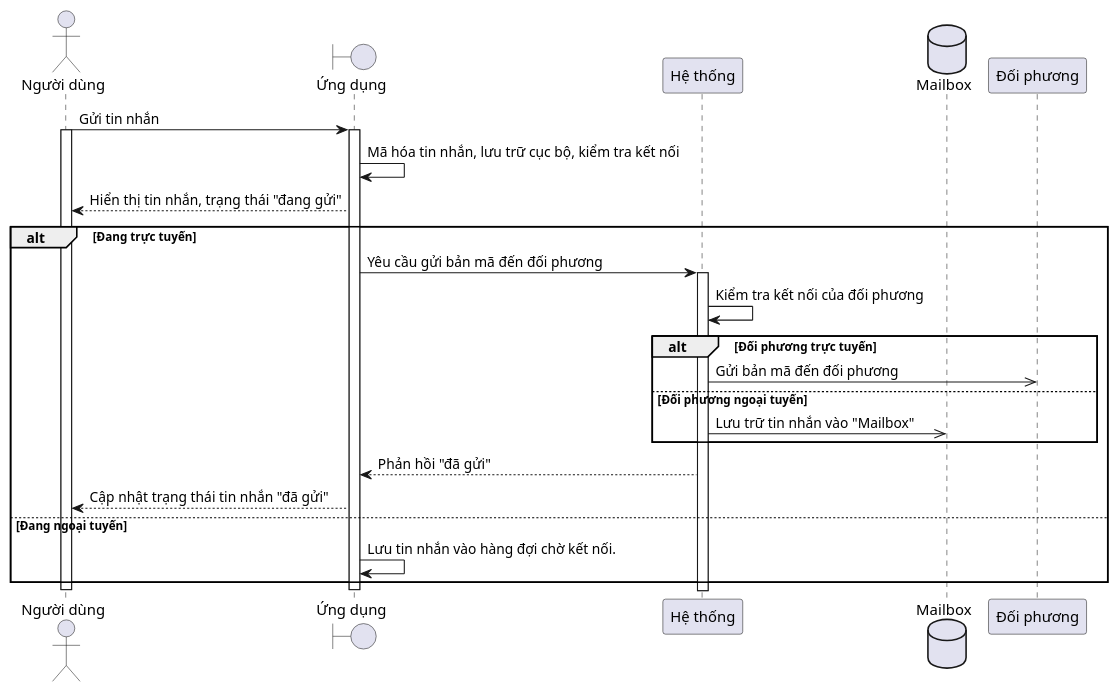
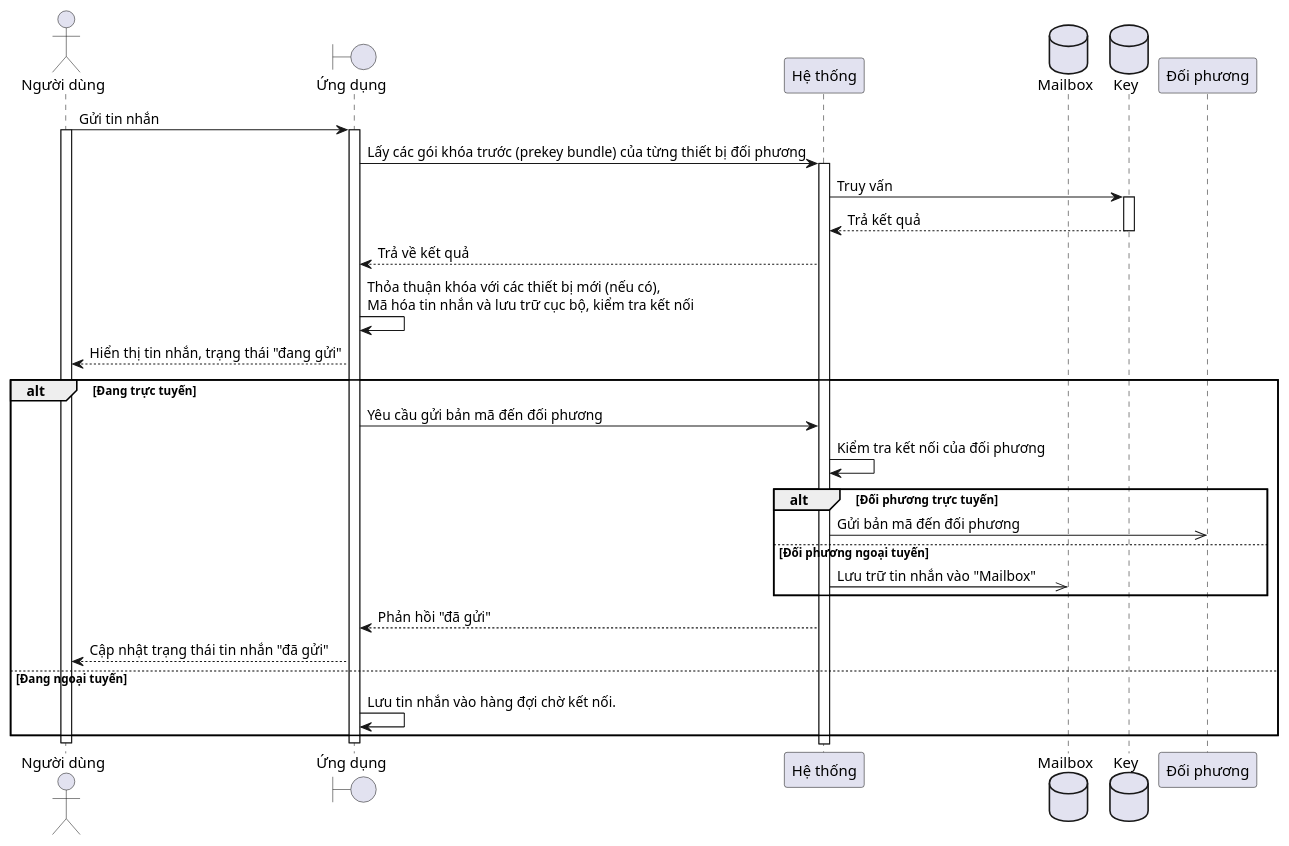
The diagram in Sequence Diagram/Sending.pu (shhh-cat/Blackat_UML), drawn with PlantUML before and after one commit. The commit also changed 3 other files, not shown here.

```diff
--- a/Sequence Diagram/Sending.pu
+++ b/Sequence Diagram/Sending.pu
@@ -1,34 +1,42 @@
 @startuml
 
 actor "Người dùng" as user
 boundary "Ứng dụng" as app
 participant "Hệ thống" as server
 database "Mailbox" as db
+database "Key" as kDb
 participant "Đối phương" as partner
 
 user -> app: Gửi tin nhắn
 activate app
 activate user
-app -> app: Mã hóa tin nhắn, lưu trữ cục bộ, kiểm tra kết nối
+app -> server: Lấy các gói khóa trước (prekey bundle) của từng thiết bị đối phương
+activate server
+server -> kDb: Truy vấn
+activate kDb
+server <-- kDb: Trả kết quả
+deactivate kDb
+app <-- server: Trả về kết quả
+app -> app: Thỏa thuận khóa với các thiết bị mới (nếu có),\nMã hóa tin nhắn và lưu trữ cục bộ, kiểm tra kết nối
 user <-- app: Hiển thị tin nhắn, trạng thái "đang gửi"
 alt Đang trực tuyến
     app -> server: Yêu cầu gửi bản mã đến đối phương
-    activate server
+    
     server -> server: Kiểm tra kết nối của đối phương
     alt Đối phương trực tuyến
         server ->> partner: Gửi bản mã đến đối phương
     else Đối phương ngoại tuyến
         server ->> db: Lưu trữ tin nhắn vào "Mailbox"
     end
     app <-- server: Phản hồi "đã gửi"
     user <-- app: Cập nhật trạng thái tin nhắn "đã gửi"
 
 else Đang ngoại tuyến
     app -> app: Lưu tin nhắn vào hàng đợi chờ kết nối.
 end
 
 deactivate app
 deactivate user
 
 
 @enduml
```
